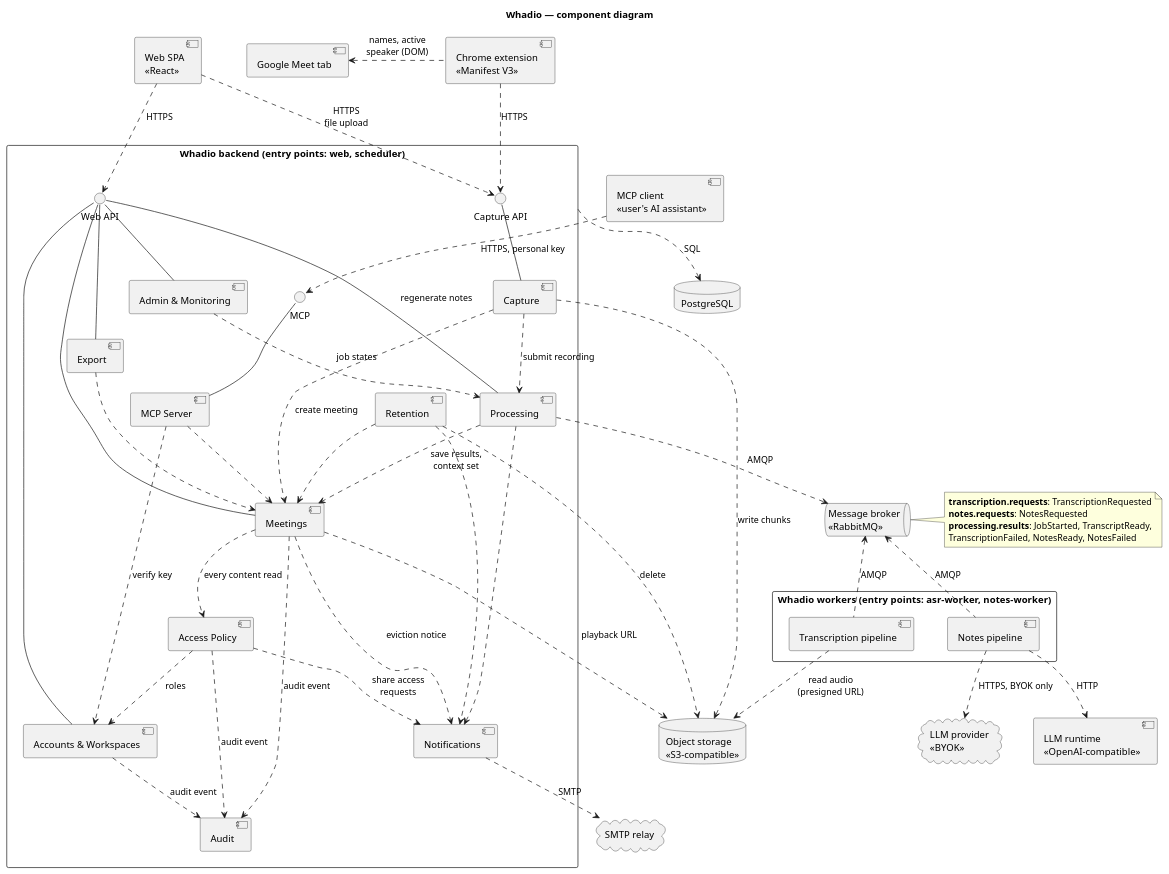
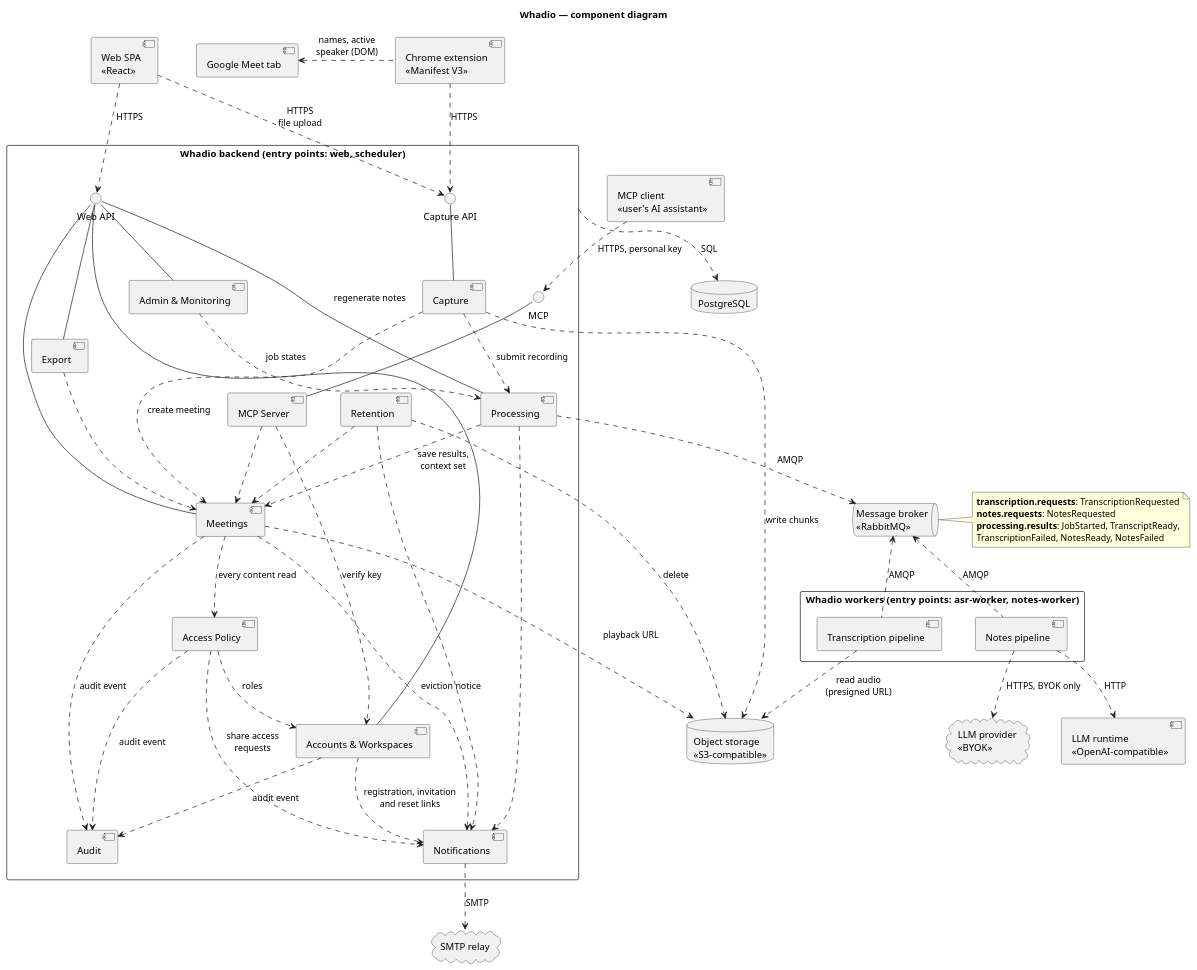
The diagram in docs/architecture/uml/component-diagram.puml (ukma-fin-ssdm-2026/Whadio), drawn with PlantUML before and after one commit. The commit also changed 2 other files, not shown here.

Commit message:
docs(#45): route verification and invitation email through Notifications

```diff
--- a/docs/architecture/uml/component-diagram.puml
+++ b/docs/architecture/uml/component-diagram.puml
@@ -1,105 +1,106 @@
 @startuml component-diagram
 title Whadio — component diagram
 
 skinparam componentStyle uml2
 skinparam packageStyle rectangle
 skinparam nodesep 50
 skinparam ranksep 60
 
 component "Chrome extension\n<<Manifest V3>>" as ext
 component "Google Meet tab" as meet
 component "Web SPA\n<<React>>" as spa
 component "MCP client\n<<user's AI assistant>>" as mcpClient
 
 package "Whadio backend  (entry points: web, scheduler)" as backend {
   () "Capture API" as ICapture
   () "Web API" as IWeb
   () "MCP" as IMcp
 
   component "Capture" as capture
   component "MCP Server" as mcp
 
   component "Processing" as processing
   component "Admin & Monitoring" as admin
   component "Export" as export
   component "Retention" as retention
 
   component "Meetings" as meetings
   component "Notifications" as notifications
 
   component "Access Policy" as access
   component "Accounts & Workspaces" as accounts
   component "Audit" as audit
 }
 
 queue "Message broker\n<<RabbitMQ>>" as mq
 
 package "Whadio workers  (entry points: asr-worker, notes-worker)" as workers {
   component "Transcription pipeline" as asr
   component "Notes pipeline" as notes
 }
 
 database "PostgreSQL" as db
 database "Object storage\n<<S3-compatible>>" as store
 component "LLM runtime\n<<OpenAI-compatible>>" as llm
 cloud "LLM provider\n<<BYOK>>" as provider
 cloud "SMTP relay" as smtp
 
 note right of mq
   <b>transcription.requests</b>: TranscriptionRequested
   <b>notes.requests</b>: NotesRequested
   <b>processing.results</b>: JobStarted, TranscriptReady,
   TranscriptionFailed, NotesReady, NotesFailed
 end note
 
 ' --- Clients and the provided interfaces ---
 ext .left.> meet : names, active\nspeaker (DOM)
 ext ..> ICapture : HTTPS
 spa ..> IWeb : HTTPS
 spa ..> ICapture : HTTPS\nfile upload
 mcpClient ..> IMcp : HTTPS, personal key
 
 ICapture -- capture
 IWeb -- accounts
 IWeb -- meetings
 IWeb -- processing : regenerate notes
 IWeb -- export
 IWeb -- admin
 IMcp -- mcp
 
 ' --- In-process dependencies inside the backend ---
 capture ..> processing : submit recording
 capture ..> meetings : create meeting
 mcp ..> meetings
 mcp ..> accounts : verify key
 admin ..> processing : job states
 export ..> meetings
 processing ..> meetings : save results,\ncontext set
 processing ..> notifications
 retention ..> meetings
 retention ..> notifications
 access ..> notifications : share access\nrequests
 meetings ..> access : every content read
 access ..> accounts : roles
 meetings ..> notifications : eviction notice
+accounts ..> notifications : registration, invitation\nand reset links
 
 ' --- Audit events, written in the transaction of each change ---
 meetings ..> audit : audit event
 access ..> audit : audit event
 accounts ..> audit : audit event
 
 ' --- Backend <-> workers, only through the broker ---
 processing ..> mq : AMQP
 mq <.. asr : AMQP
 mq <.. notes : AMQP
 
 ' --- Infrastructure ---
 backend ..> db : SQL
 capture ..> store : write chunks
 meetings ..> store : playback URL
 retention ..> store : delete
 notifications ..> smtp : SMTP
 asr ..> store : read audio\n(presigned URL)
 notes ..> llm : HTTP
 notes ..> provider : HTTPS, BYOK only
 @enduml
```
